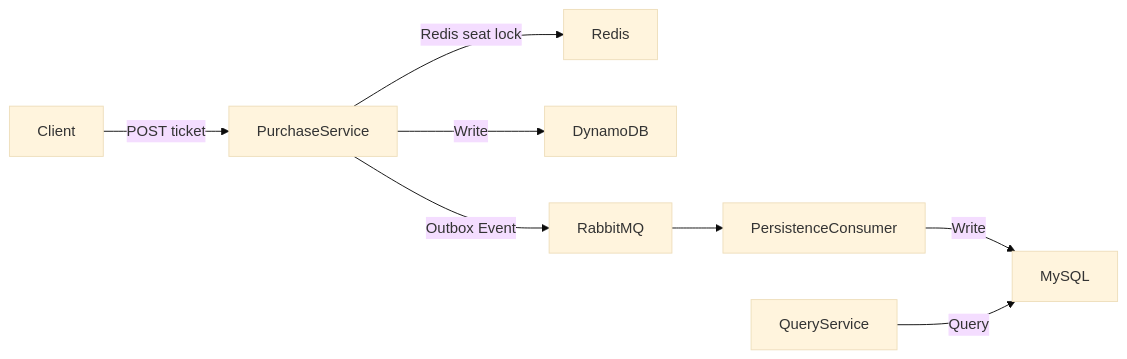
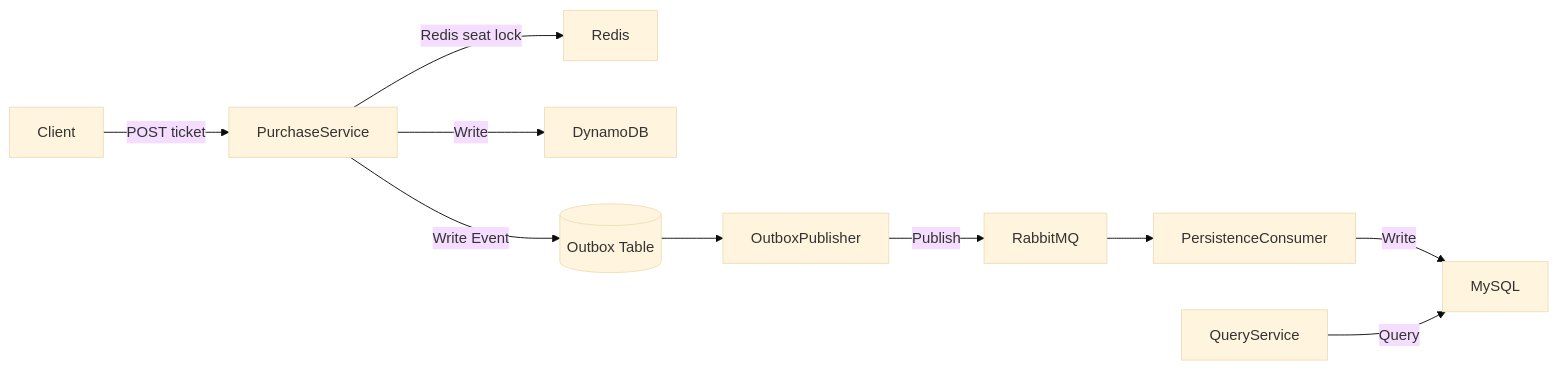
The first of 2 diagrams in README.md (SujieZong/High-Concurrency-CQRS-Ticketing-Platform), drawn with Mermaid (base theme) before and after one commit. The commit also changed other lines of this file, not shown here.

Commit message:
update Read me with updated clearer outbox related graph

````diff
--- a/README.md
+++ b/README.md
@@ -26,10 +26,12 @@
 ```mermaid
 flowchart LR
   Client -->|POST ticket| PurchaseService
   PurchaseService -->|Redis seat lock| Redis
   PurchaseService -->|Write| DynamoDB
-  PurchaseService -->|Outbox Event| RabbitMQ
+  PurchaseService -->|Write Event| OutboxTable[(Outbox Table)]
+  OutboxTable --> OutboxPublisher
+  OutboxPublisher -->|Publish| RabbitMQ
   RabbitMQ --> PersistenceConsumer
   PersistenceConsumer -->|Write| MySQL
   QueryService -->|Query| MySQL
 ```
````
